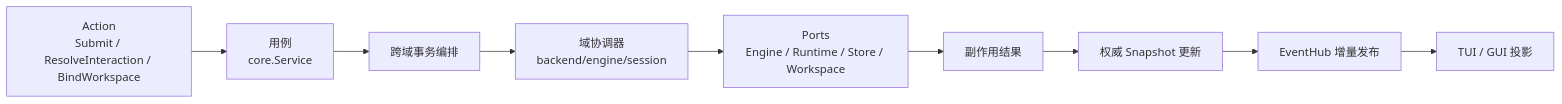
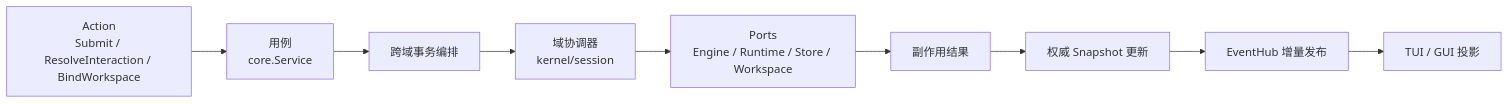
One commit to RedHuang-0622/seelex changed the fourth of 5 diagrams in application/README.md. Above: the diagram before and after it, drawn with Mermaid. The commit also changed other lines of this file and 172 other files, not shown here.

Commit message:
refactor(runtime): move engine state owners to kernel

````diff
--- a/application/README.md
+++ b/application/README.md
@@ -925,11 +925,11 @@
 ```mermaid
 flowchart LR
     ACTION["Action<br/>Submit / ResolveInteraction / BindWorkspace"] --> USE["用例<br/>core.Service"]
     USE --> TX["跨域事务编排"]
-    TX --> DOM["域协调器<br/>backend/engine/session"]
+    TX --> DOM["域协调器<br/>kernel/session"]
     DOM --> PORT["Ports<br/>Engine / Runtime / Store / Workspace"]
     PORT --> RESULT["副作用结果"]
     RESULT --> SNAP["权威 Snapshot 更新"]
     SNAP --> EV["EventHub 增量发布"]
     EV --> PROJ["TUI / GUI 投影"]
 ```
````
